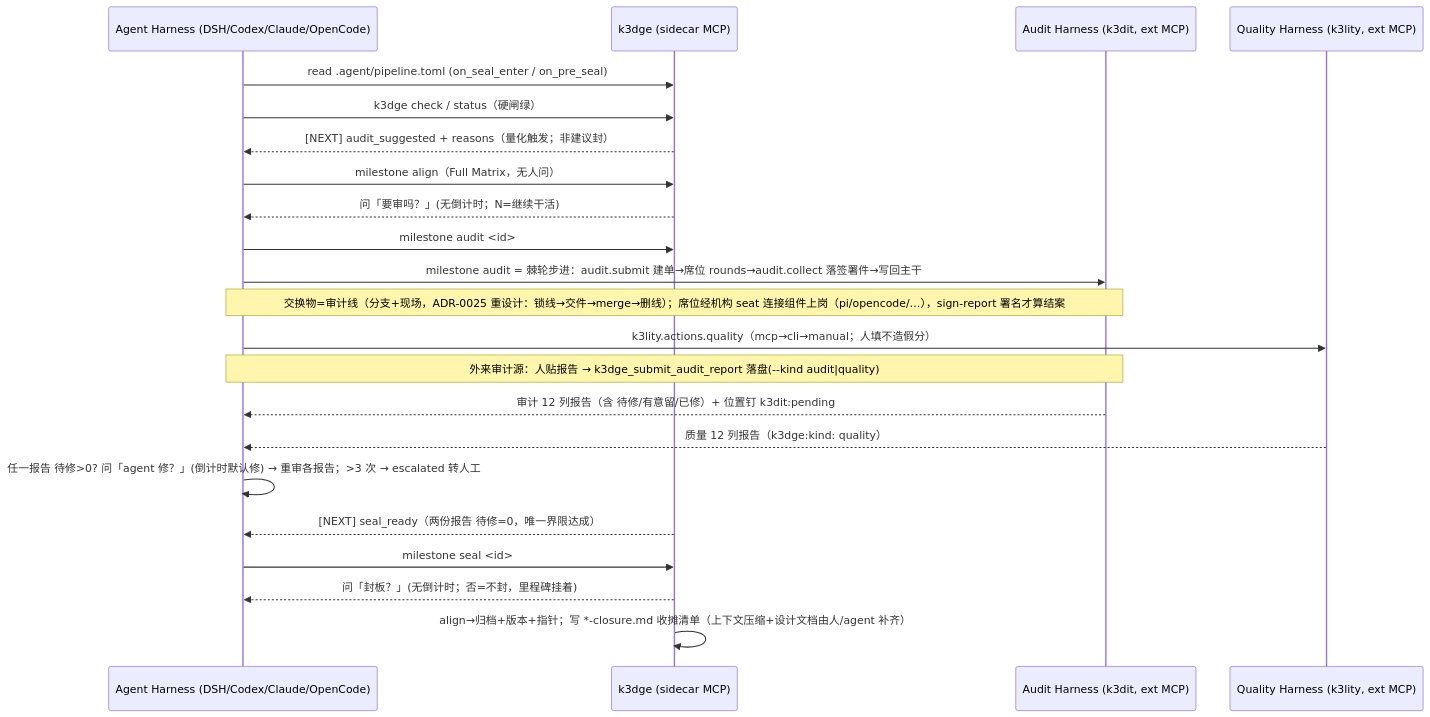
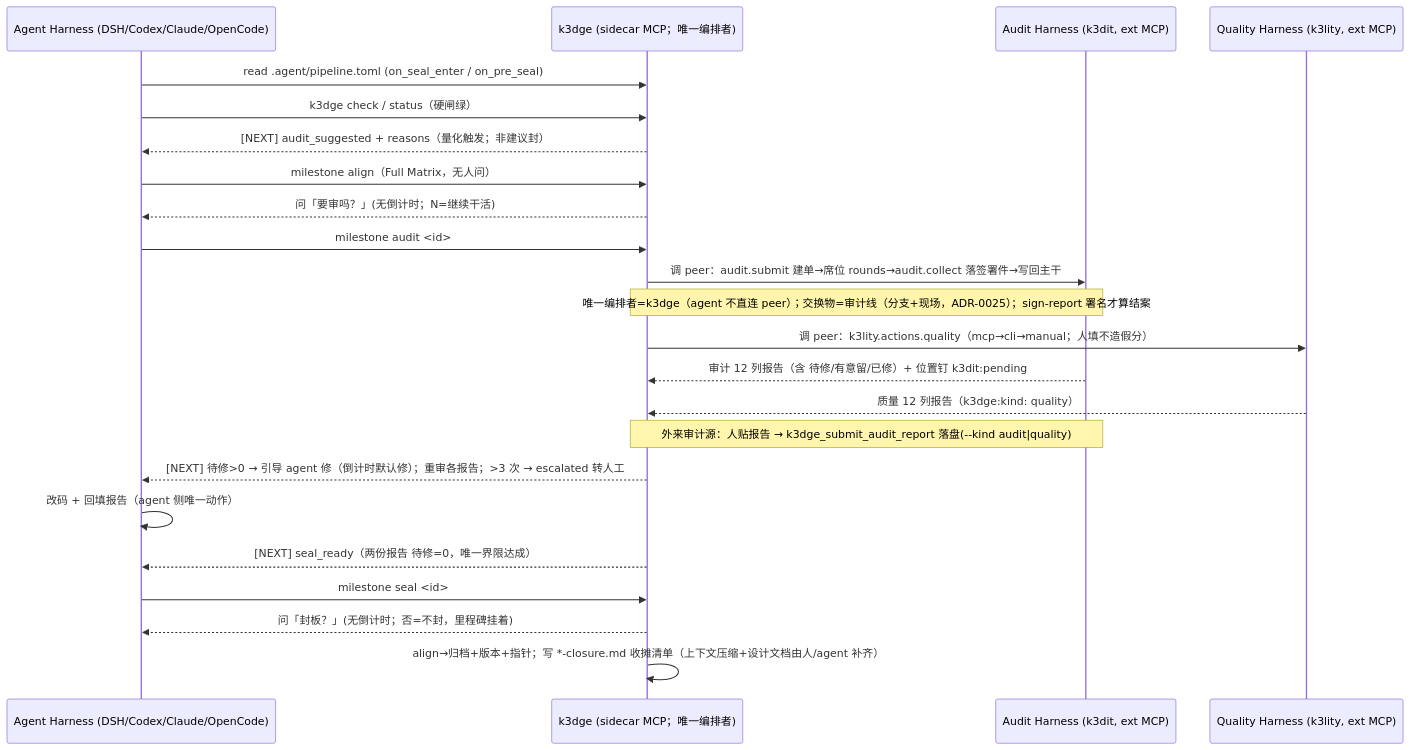
One commit to jamieplus/k3dge changed the sixth of 6 diagrams in docs/architecture/overview.md. Above: the diagram before and after it, drawn with Mermaid. The commit also changed other lines of this file and 6 other files, not shown here.

````diff
--- a/docs/architecture/overview.md
+++ b/docs/architecture/overview.md
@@ -115,24 +115,25 @@
 ```mermaid
 sequenceDiagram
     participant Agent as Agent Harness (DSH/Codex/Claude/OpenCode)
-    participant K3 as k3dge (sidecar MCP)
+    participant K3 as k3dge (sidecar MCP；唯一编排者)
     participant Audit as Audit Harness (k3dit, ext MCP)
     participant Quality as Quality Harness (k3lity, ext MCP)
     Agent->>K3: read .agent/pipeline.toml (on_seal_enter / on_pre_seal)
     Agent->>K3: k3dge check / status（硬闸绿）
     K3-->>Agent: [NEXT] audit_suggested + reasons（量化触发；非建议封）
     Agent->>K3: milestone align（Full Matrix，无人问）
     K3-->>Agent: 问「要审吗？」(无倒计时；N=继续干活)
     Agent->>K3: milestone audit <id>
-    Agent->>Audit: milestone audit = 棘轮步进：audit.submit 建单→席位 rounds→audit.collect 落签署件→写回主干
-    Note over Agent,Audit: 交换物=审计线（分支+现场，ADR-0025 重设计：锁线→交件→merge→删线）；席位经机构 seat 连接组件上岗（pi/opencode/…），sign-report 署名才算结案
-    Agent->>Quality: k3lity.actions.quality（mcp→cli→manual；人填不造假分）
-    Note over Agent,Audit: 外来审计源：人贴报告 → k3dge_submit_audit_report 落盘(--kind audit|quality)
-    Audit-->>Agent: 审计 12 列报告（含 待修/有意留/已修）+ 位置钉 k3dit:pending
-    Quality-->>Agent: 质量 12 列报告（k3dge:kind: quality）
-    Agent->>Agent: 任一报告 待修>0? 问「agent 修？」(倒计时默认修) → 重审各报告；>3 次 → escalated 转人工
+    K3->>Audit: 调 peer：audit.submit 建单→席位 rounds→audit.collect 落签署件→写回主干
+    Note over K3,Audit: 唯一编排者=k3dge（agent 不直连 peer）；交换物=审计线（分支+现场，ADR-0025）；sign-report 署名才算结案
+    K3->>Quality: 调 peer：k3lity.actions.quality（mcp→cli→manual；人填不造假分）
+    Audit-->>K3: 审计 12 列报告（含 待修/有意留/已修）+ 位置钉 k3dit:pending
+    Quality-->>K3: 质量 12 列报告（k3dge:kind: quality）
+    Note over K3,Audit: 外来审计源：人贴报告 → k3dge_submit_audit_report 落盘(--kind audit|quality)
+    K3-->>Agent: [NEXT] 待修>0 → 引导 agent 修（倒计时默认修）；重审各报告；>3 次 → escalated 转人工
+    Agent->>Agent: 改码 + 回填报告（agent 侧唯一动作）
     K3-->>Agent: [NEXT] seal_ready（两份报告 待修=0，唯一界限达成）
     Agent->>K3: milestone seal <id>
     K3-->>Agent: 问「封板？」(无倒计时；否=不封，里程碑挂着)
     K3->>K3: align→归档+版本+指针；写 *-closure.md 收摊清单（上下文压缩+设计文档由人/agent 补齐）
 ```
````
